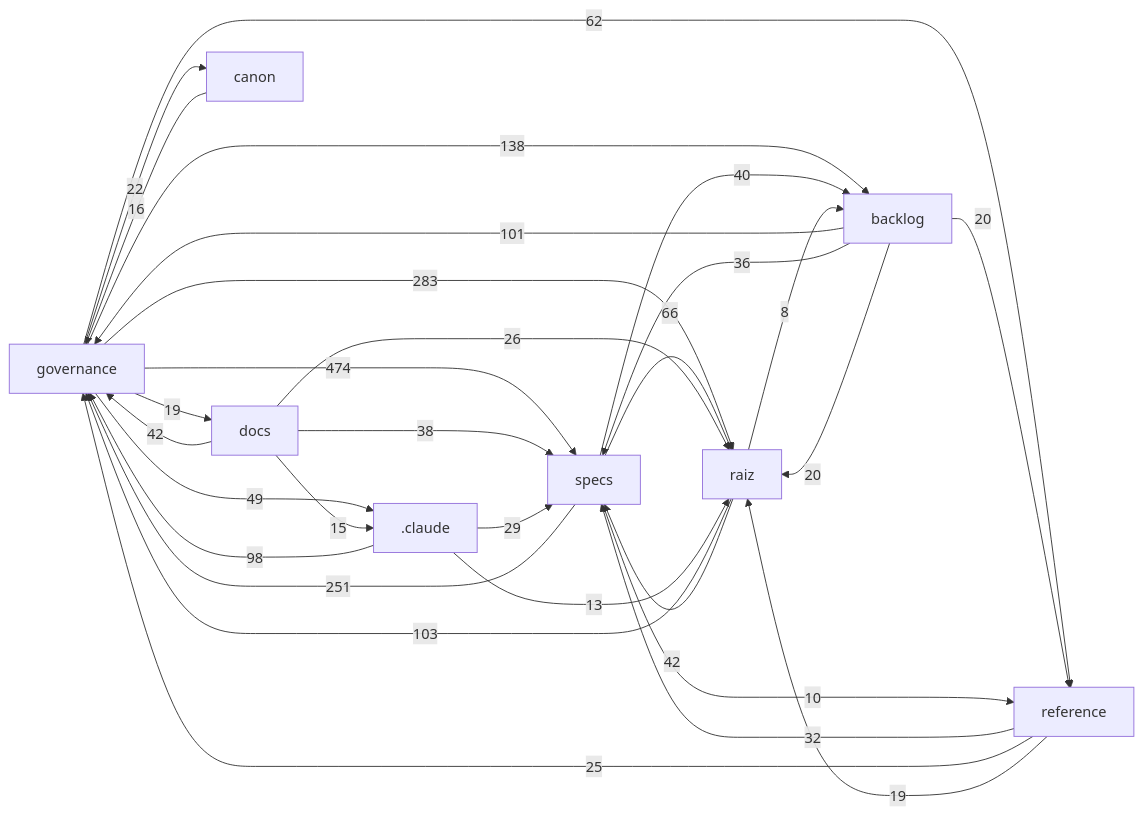
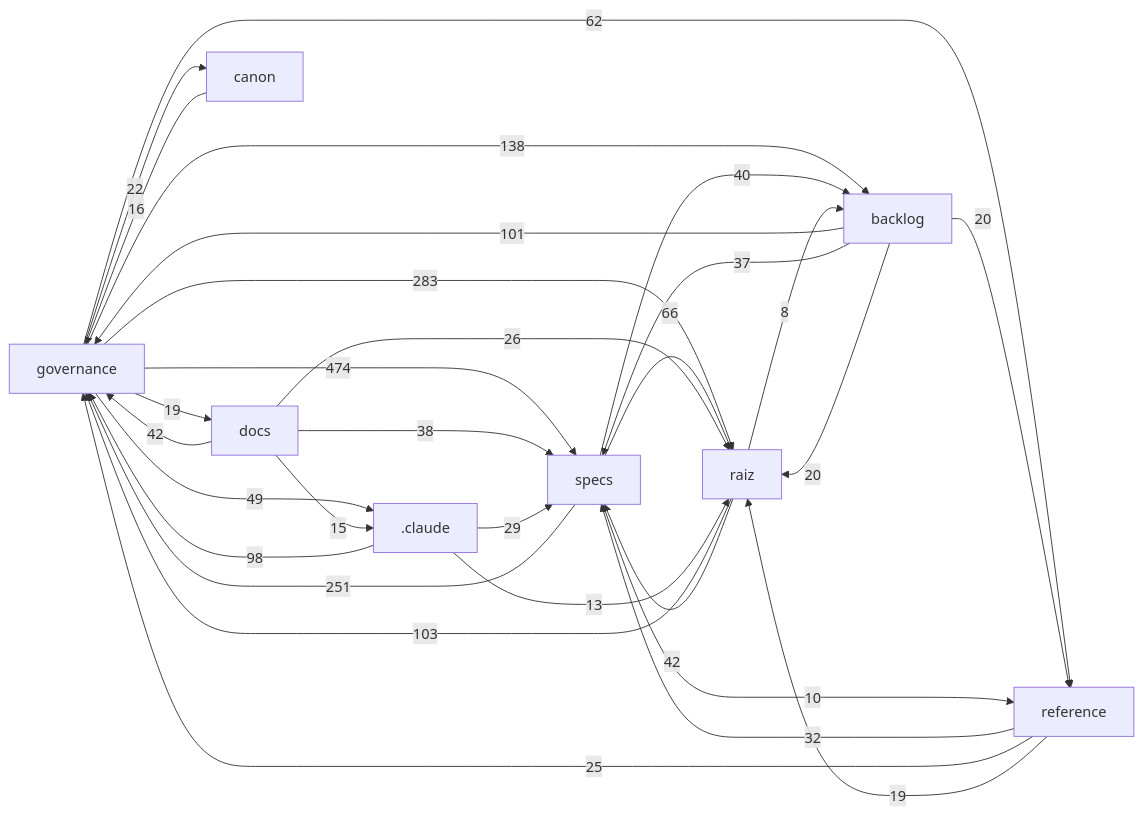
One commit to Andraus35/Sistema-Operacional-de-Trading--SOT changed the diagram in docs/mapa/MAPA-PROJETO.md. Above: the diagram before and after it, drawn with Mermaid. The commit also changed other lines of this file and 4 other files, not shown here.

````diff
--- a/docs/mapa/MAPA-PROJETO.md
+++ b/docs/mapa/MAPA-PROJETO.md
@@ -29,32 +29,32 @@
 ```mermaid
 flowchart LR
   governance["governance"] -->|474| specs["specs"]
   governance["governance"] -->|283| raiz["raiz"]
   specs["specs"] -->|251| governance["governance"]
   governance["governance"] -->|138| backlog["backlog"]
   raiz["raiz"] -->|103| governance["governance"]
   backlog["backlog"] -->|101| governance["governance"]
   _claude[".claude"] -->|98| governance["governance"]
   specs["specs"] -->|66| raiz["raiz"]
   governance["governance"] -->|62| reference["reference"]
   governance["governance"] -->|49| _claude[".claude"]
   raiz["raiz"] -->|42| specs["specs"]
   docs["docs"] -->|42| governance["governance"]
   specs["specs"] -->|40| backlog["backlog"]
   docs["docs"] -->|38| specs["specs"]
-  backlog["backlog"] -->|36| specs["specs"]
+  backlog["backlog"] -->|37| specs["specs"]
   reference["reference"] -->|32| specs["specs"]
   _claude[".claude"] -->|29| specs["specs"]
   docs["docs"] -->|26| raiz["raiz"]
   reference["reference"] -->|25| governance["governance"]
   governance["governance"] -->|22| canon["canon"]
   backlog["backlog"] -->|20| raiz["raiz"]
   backlog["backlog"] -->|20| reference["reference"]
   governance["governance"] -->|19| docs["docs"]
   reference["reference"] -->|19| raiz["raiz"]
   canon["canon"] -->|16| governance["governance"]
   docs["docs"] -->|15| _claude[".claude"]
   _claude[".claude"] -->|13| raiz["raiz"]
   specs["specs"] -->|10| reference["reference"]
   raiz["raiz"] -->|8| backlog["backlog"]
 ```
````
